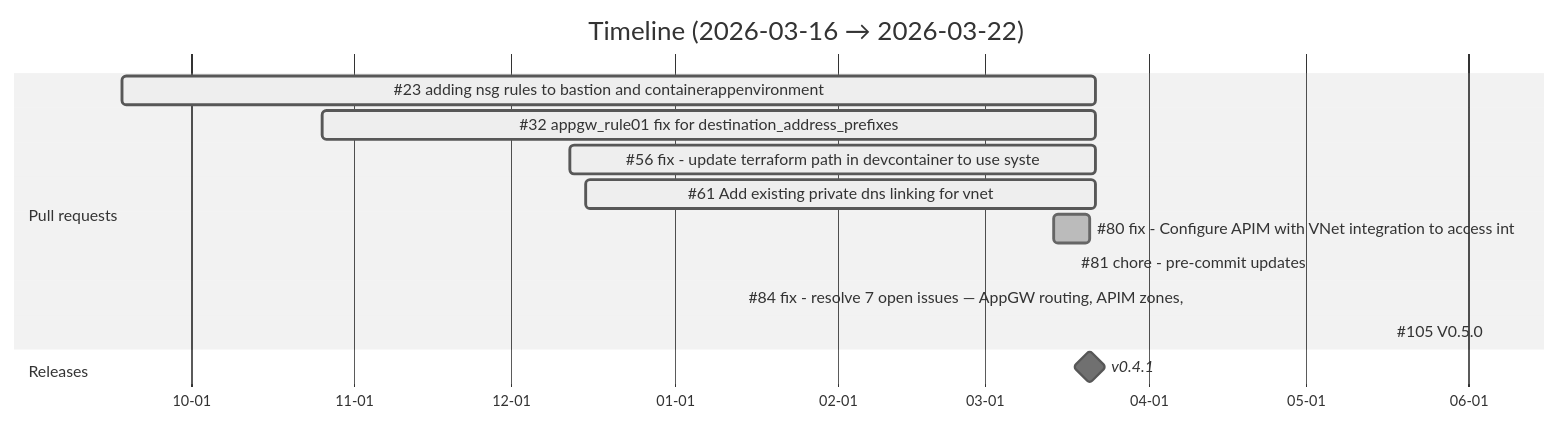
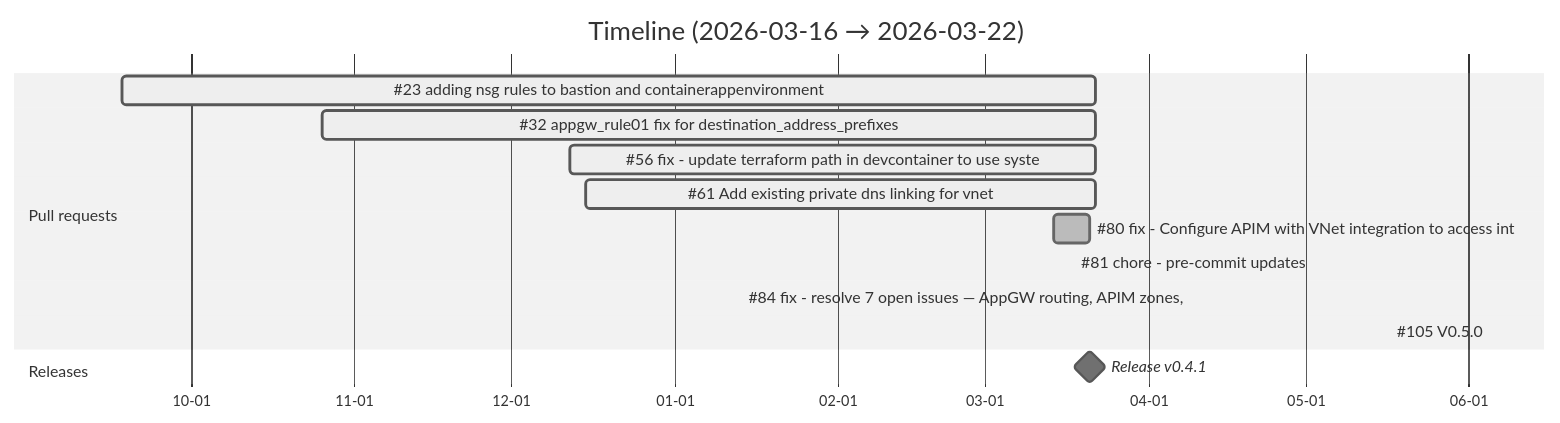
The sixth of 22 diagrams in .claude/skills/activity-overview/samples/avm-tf-aiml-lz-digest.md (DamianFlynn/experiments), drawn with Mermaid (neutral theme) before and after one commit. The commit also changed other lines of this file and 16 other files, not shown here.

First line of the commit message:
activity-overview: fix the derived-facts and diagram findings of the fresh review

````diff
--- a/.claude/skills/activity-overview/samples/avm-tf-aiml-lz-digest.md
+++ b/.claude/skills/activity-overview/samples/avm-tf-aiml-lz-digest.md
@@ -308,17 +308,17 @@
 ```mermaid
 gantt
     title Timeline (2026-03-16 → 2026-03-22)
     dateFormat YYYY-MM-DD
     axisFormat %m-%d
     section Pull requests
     #23 adding nsg rules to bastion and containerappenvironment  :active, 2025-09-18, 2026-03-22
     #32 appgw_rule01 fix for destination_address_prefixes :active, 2025-10-26, 2026-03-22
     #56 fix - update terraform path in devcontainer to use syste :active, 2025-12-12, 2026-03-22
     #61 Add existing private dns linking for vnet :active, 2025-12-15, 2026-03-22
     #80 fix - Configure APIM with VNet integration to access int :done, 2026-03-14, 2026-03-21
     #81 chore - pre-commit updates :done, 2026-03-18, 2026-03-18
     #84 fix - resolve 7 open issues — AppGW routing, APIM zones, :active, 2026-04-09, 2026-04-09
     #105 V0.5.0 :active, 2026-06-05, 2026-06-05
     section Releases
-    v0.4.1 :milestone, 2026-03-21, 0d
+    Release v0.4.1 :milestone, 2026-03-21, 0d
 ```
````
